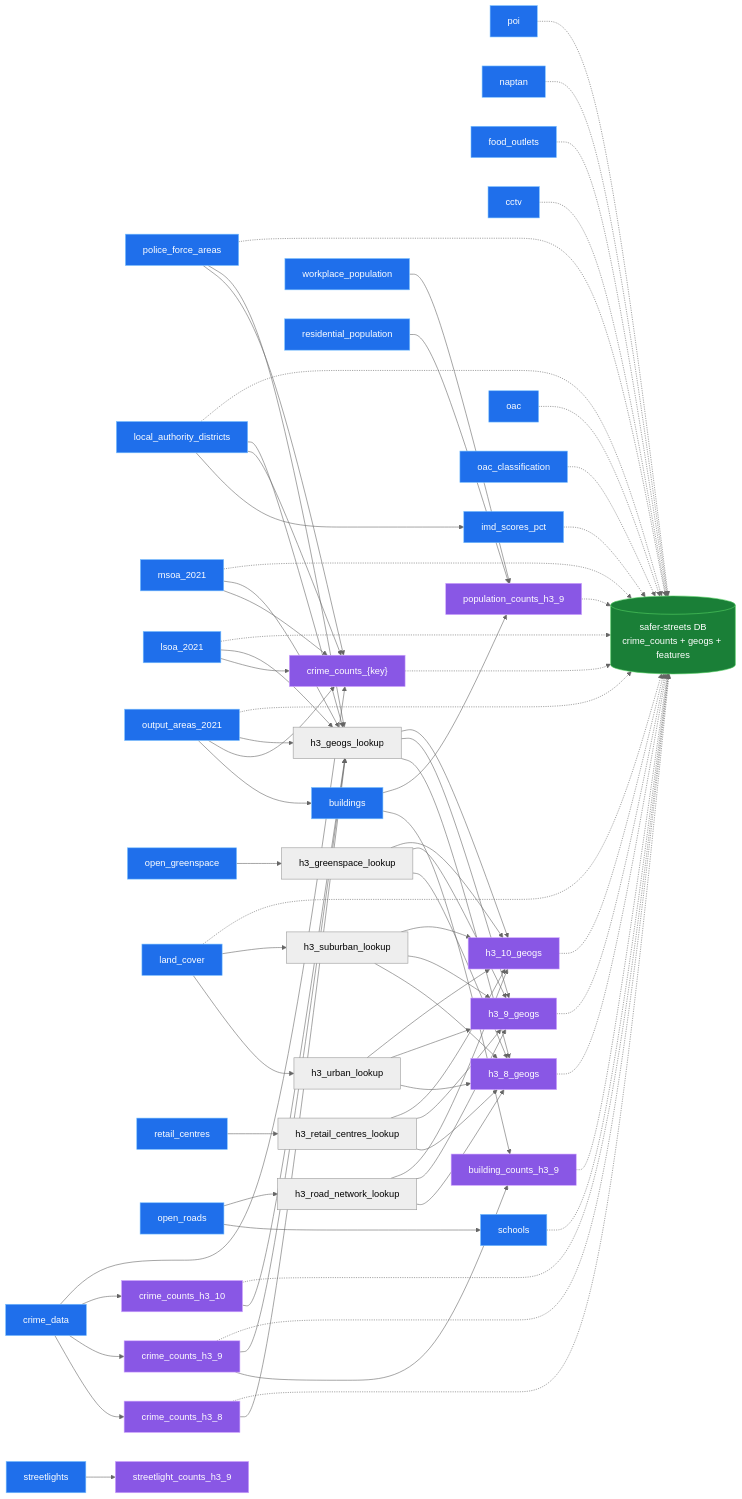
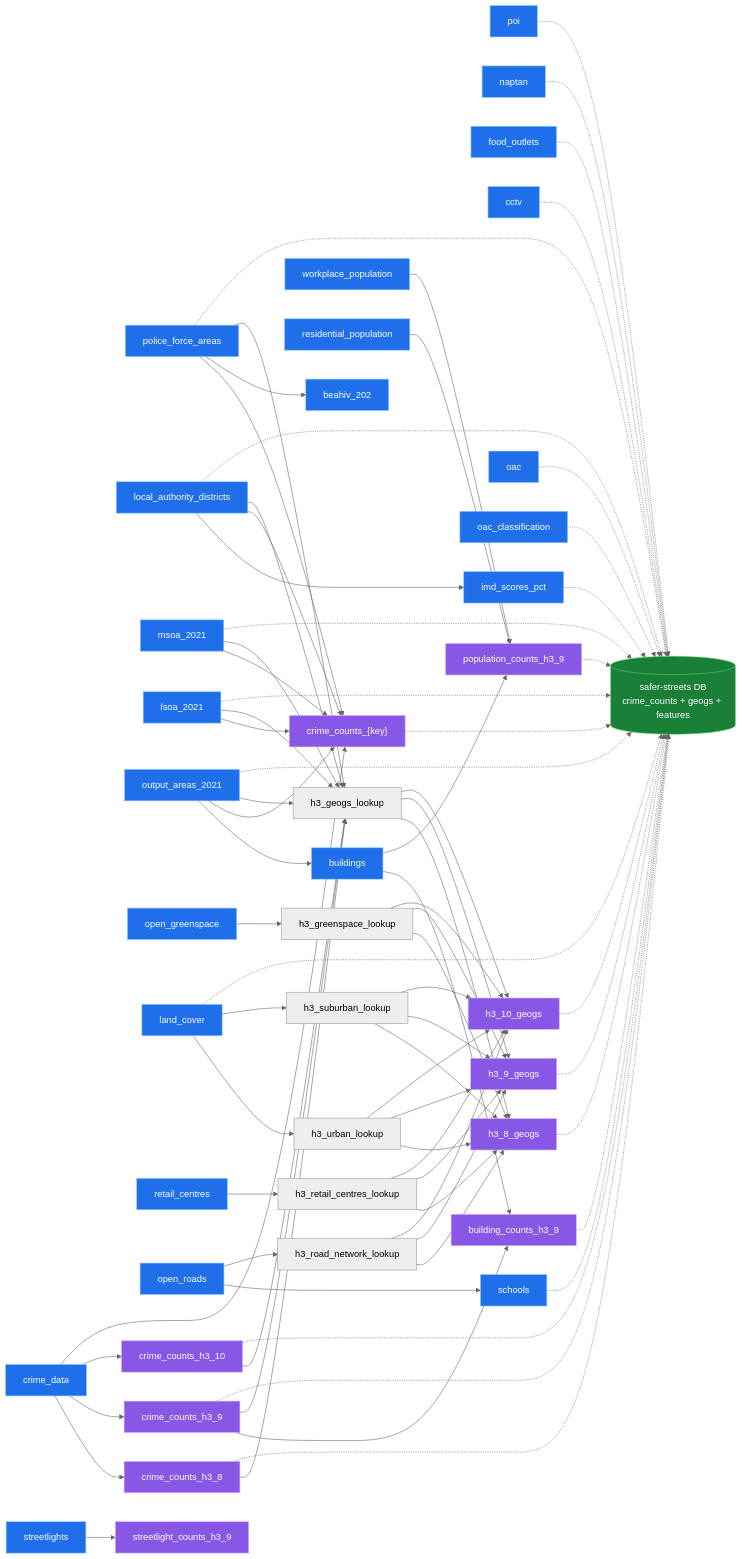
One commit to safer-streets/safer-streets-tooling changed the diagram in README.md. Above: the diagram before and after it, drawn with Mermaid (neutral theme). The commit also changed other lines of this file and 7 other files, not shown here.

First line of the commit message:
Add the BEAHIV 202m hex grid extract (beahiv_202) (#20)

````diff
--- a/README.md
+++ b/README.md
@@ -74,6 +74,7 @@
    oac_classification
    workplace_population
    residential_population
+   beahiv_202
 
    crime_counts_h3_8
    crime_counts_h3_9
@@ -116,6 +117,7 @@
     buildings --> population_counts_h3_9
     workplace_population --> population_counts_h3_9
     residential_population --> population_counts_h3_9
+    police_force_areas --> beahiv_202
     crime_counts_h3_8 --> h3_geogs_lookup
     crime_counts_h3_9 --> h3_geogs_lookup
     crime_counts_h3_10 --> h3_geogs_lookup
@@ -177,7 +179,7 @@
     classDef extract fill:#1f6feb,stroke:#79c0ff,stroke-width:1px,color:#ffffff;
     classDef transform fill:#8957e5,stroke:#d2a8ff,stroke-width:1px,color:#ffffff;
     classDef load fill:#1a7f37,stroke:#56d364,stroke-width:1px,color:#ffffff;
-    class crime_data,police_force_areas,local_authority_districts,msoa_2021,lsoa_2021,output_areas_2021,open_greenspace,land_cover,buildings,retail_centres,open_roads,poi,naptan,food_outlets,streetlights,cctv,schools,imd_scores_pct,oac,oac_classification,workplace_population,residential_population extract;
+    class crime_data,police_force_areas,local_authority_districts,msoa_2021,lsoa_2021,output_areas_2021,open_greenspace,land_cover,buildings,retail_centres,open_roads,poi,naptan,food_outlets,streetlights,cctv,schools,imd_scores_pct,oac,oac_classification,workplace_population,residential_population,beahiv_202 extract;
     class crime_counts_h3_8,crime_counts_h3_9,crime_counts_h3_10,crime_counts_geog,streetlight_counts_h3_9,building_counts_h3_9,population_counts_h3_9,h3_8_geogs,h3_9_geogs,h3_10_geogs transform;
     class database load;
 ```
````
